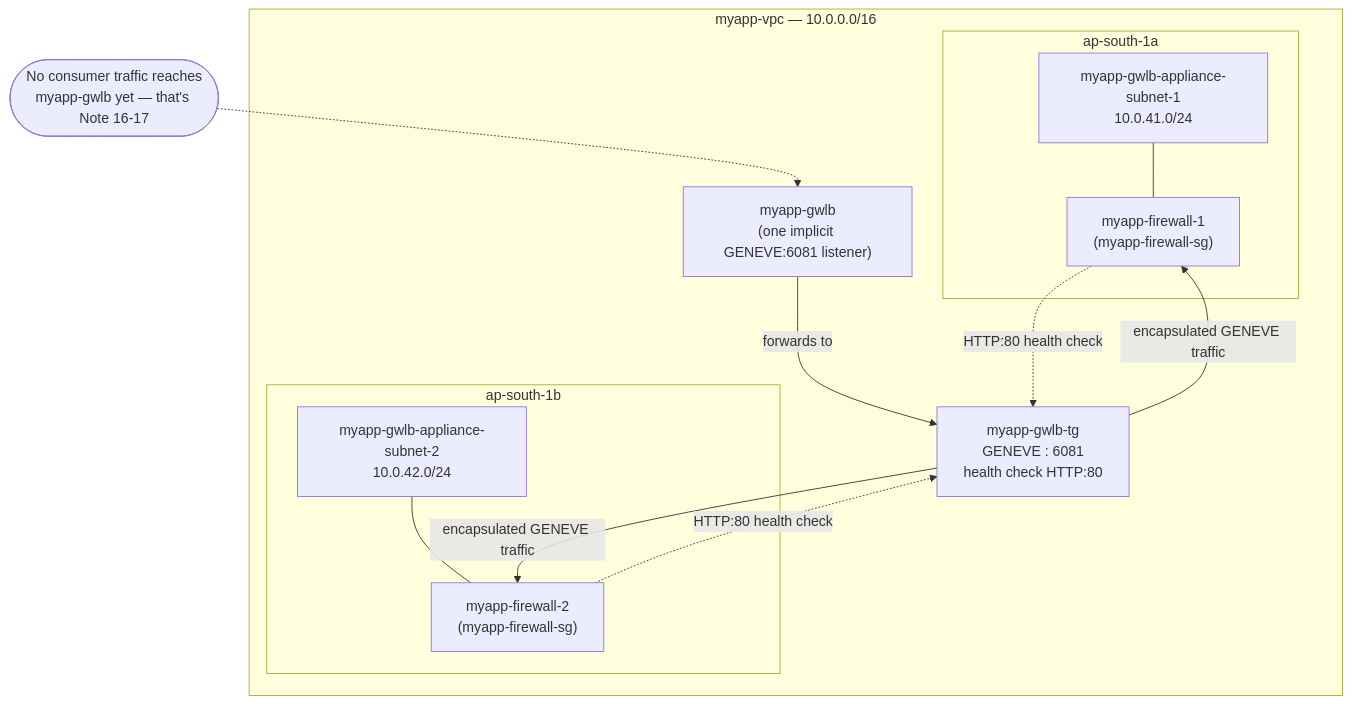
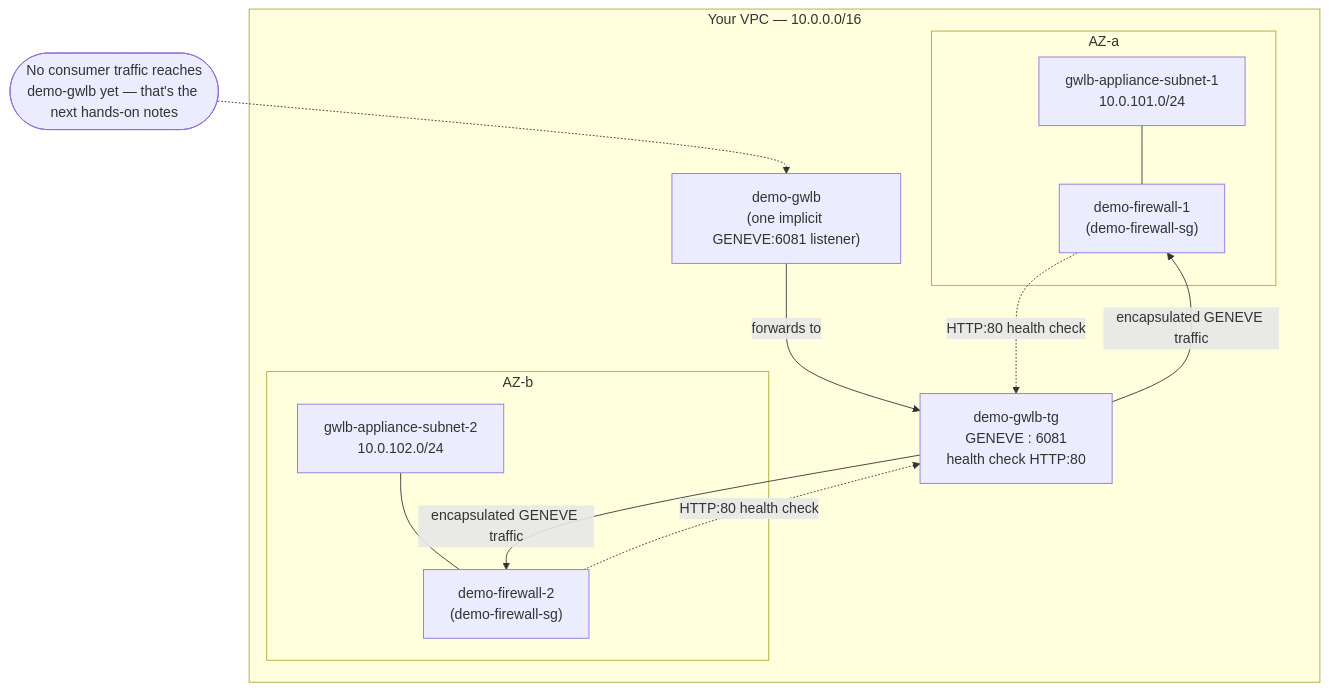
The diagram in EC2/LoadBalancer/15-Gateway-Load-Balancer-HandsOn-Part1-Appliance-and-GWLB.md (msdeepak052/AWS_Imp_Concepts), drawn with Mermaid before and after one commit. The commit also changed other lines of this file and 66 other files, not shown here.

````diff
--- a/EC2/LoadBalancer/15-Gateway-Load-Balancer-HandsOn-Part1-Appliance-and-GWLB.md
+++ b/EC2/LoadBalancer/15-Gateway-Load-Balancer-HandsOn-Part1-Appliance-and-GWLB.md
@@ -98,27 +98,27 @@
 ```mermaid
 flowchart TD
-    subgraph VPC["myapp-vpc — 10.0.0.0/16"]
-        subgraph AZ_A["ap-south-1a"]
-            SUB1["myapp-gwlb-appliance-subnet-1<br/>10.0.41.0/24"]
-            FW1["myapp-firewall-1<br/>(myapp-firewall-sg)"]
+    subgraph VPC["Your VPC — 10.0.0.0/16"]
+        subgraph AZ_A["AZ-a"]
+            SUB1["gwlb-appliance-subnet-1<br/>10.0.101.0/24"]
+            FW1["demo-firewall-1<br/>(demo-firewall-sg)"]
             SUB1 --- FW1
         end
-        subgraph AZ_B["ap-south-1b"]
-            SUB2["myapp-gwlb-appliance-subnet-2<br/>10.0.42.0/24"]
-            FW2["myapp-firewall-2<br/>(myapp-firewall-sg)"]
+        subgraph AZ_B["AZ-b"]
+            SUB2["gwlb-appliance-subnet-2<br/>10.0.102.0/24"]
+            FW2["demo-firewall-2<br/>(demo-firewall-sg)"]
             SUB2 --- FW2
         end
 
-        GWLB["myapp-gwlb<br/>(one implicit GENEVE:6081 listener)"]
-        TG["myapp-gwlb-tg<br/>GENEVE : 6081<br/>health check HTTP:80"]
+        GWLB["demo-gwlb<br/>(one implicit GENEVE:6081 listener)"]
+        TG["demo-gwlb-tg<br/>GENEVE : 6081<br/>health check HTTP:80"]
 
         GWLB -->|"forwards to"| TG
         TG -->|"encapsulated GENEVE traffic"| FW1
         TG -->|"encapsulated GENEVE traffic"| FW2
         FW1 -.->|"HTTP:80 health check"| TG
         FW2 -.->|"HTTP:80 health check"| TG
     end
 
-    NOTRAFFIC(["No consumer traffic reaches\nmyapp-gwlb yet — that's Note 16-17"])
+    NOTRAFFIC(["No consumer traffic reaches\ndemo-gwlb yet — that's the next hands-on notes"])
     NOTRAFFIC -.-> GWLB
 ```
````
